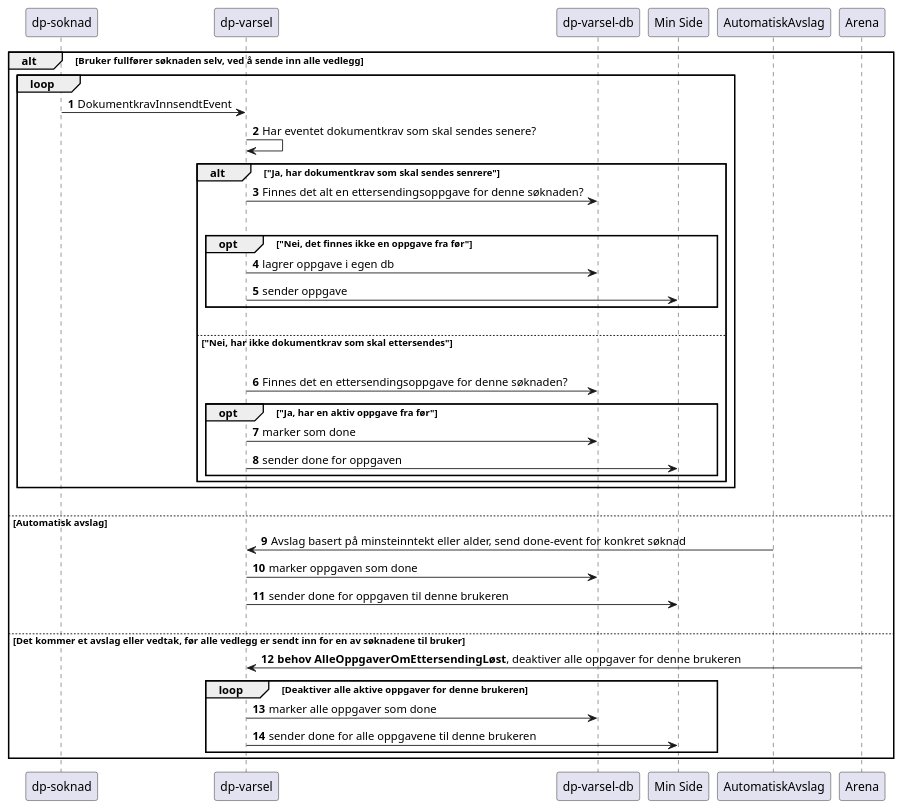
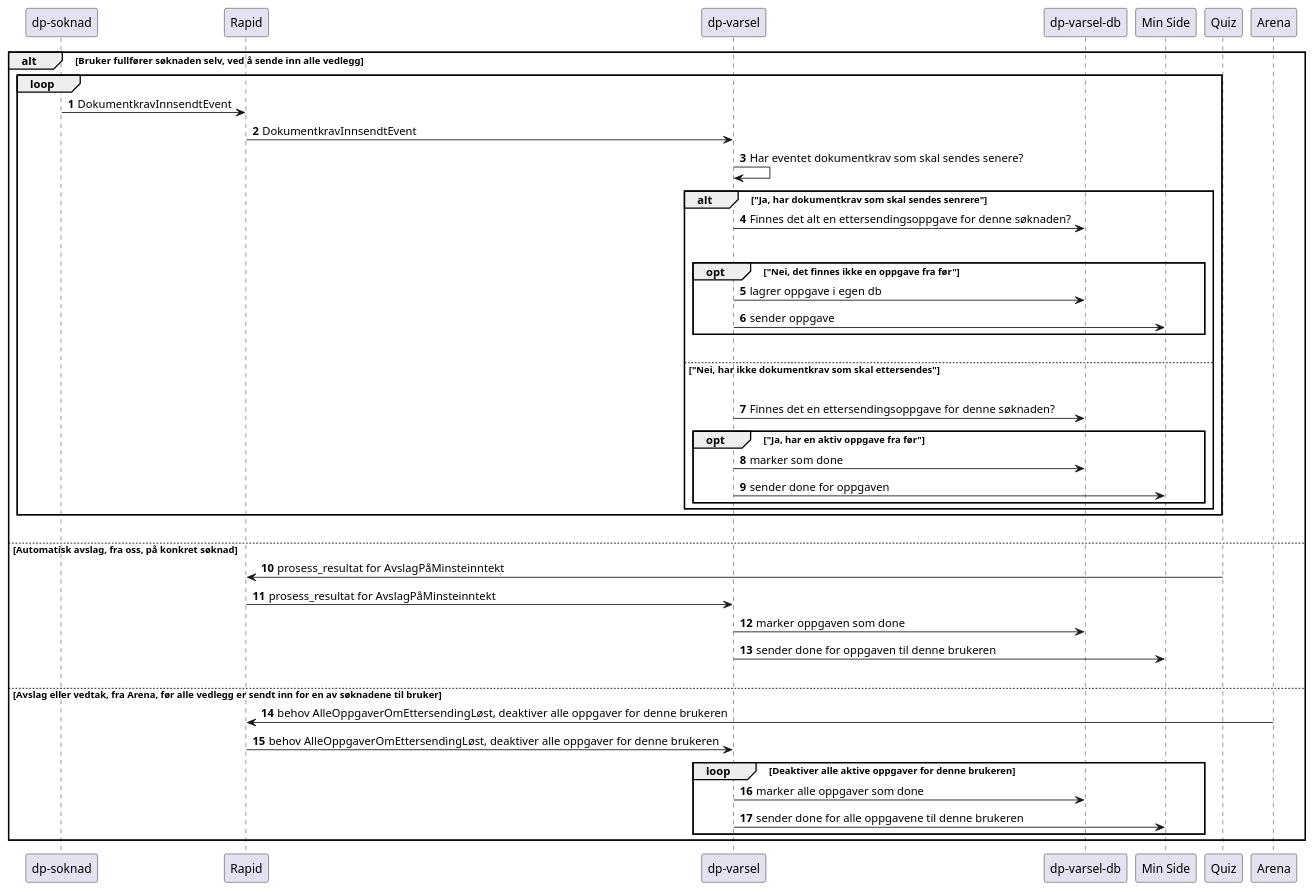
The diagram in docs/flytForOppgaveVedEttersending.puml (navikt/dp-varsel), drawn with PlantUML before and after one commit. The commit also changed 2 other files, not shown here.

Commit message:
Deaktiverer oppgave om ettersending hvis det kommer et avslag på minsteinntekt
DAG-755

```diff
--- a/docs/flytForOppgaveVedEttersending.puml
+++ b/docs/flytForOppgaveVedEttersending.puml
@@ -1,38 +1,41 @@
 @startuml
 
 autonumber
 alt Bruker fullfører søknaden selv, ved å sende inn alle vedlegg
     loop
-        "dp-soknad" -> "dp-varsel": DokumentkravInnsendtEvent
+        "dp-soknad" -> "Rapid": DokumentkravInnsendtEvent
+        "Rapid" -> "dp-varsel": DokumentkravInnsendtEvent
         "dp-varsel" -> "dp-varsel": Har eventet dokumentkrav som skal sendes senere?
         alt "Ja, har dokumentkrav som skal sendes senrere"
             "dp-varsel" -> "dp-varsel-db": Finnes det alt en ettersendingsoppgave for denne søknaden?
             |||
             opt "Nei, det finnes ikke en oppgave fra før"
                 "dp-varsel" -> "dp-varsel-db": lagrer oppgave i egen db
                 "dp-varsel" -> "Min Side": sender oppgave
             end
             |||
         else "Nei, har ikke dokumentkrav som skal ettersendes"
             |||
             "dp-varsel" -> "dp-varsel-db": Finnes det en ettersendingsoppgave for denne søknaden?
             opt "Ja, har en aktiv oppgave fra før"
                 "dp-varsel" -> "dp-varsel-db": marker som done
                 "dp-varsel" -> "Min Side": sender done for oppgaven
             end
         end
     end
 |||
-else Automatisk avslag
-    "AutomatiskAvslag" -> "dp-varsel": Avslag basert på minsteinntekt eller alder, send done-event for konkret søknad
+else Automatisk avslag, fra oss, på konkret søknad
+    "Quiz" -> "Rapid": prosess_resultat for AvslagPåMinsteinntekt
+    "Rapid" -> "dp-varsel": prosess_resultat for AvslagPåMinsteinntekt
     "dp-varsel" -> "dp-varsel-db": marker oppgaven som done
     "dp-varsel" -> "Min Side": sender done for oppgaven til denne brukeren
 |||
-else Det kommer et avslag eller vedtak, før alle vedlegg er sendt inn for en av søknadene til bruker
-    "Arena" -> "dp-varsel": **behov AlleOppgaverOmEttersendingLøst**, deaktiver alle oppgaver for denne brukeren
+else Avslag eller vedtak, fra Arena, før alle vedlegg er sendt inn for en av søknadene til bruker
+    "Arena" -> "Rapid": behov AlleOppgaverOmEttersendingLøst, deaktiver alle oppgaver for denne brukeren
+    "Rapid" -> "dp-varsel": behov AlleOppgaverOmEttersendingLøst, deaktiver alle oppgaver for denne brukeren
     loop Deaktiver alle aktive oppgaver for denne brukeren
         "dp-varsel" -> "dp-varsel-db": marker alle oppgaver som done
         "dp-varsel" -> "Min Side": sender done for alle oppgavene til denne brukeren
     end
 end
 @enduml
```
